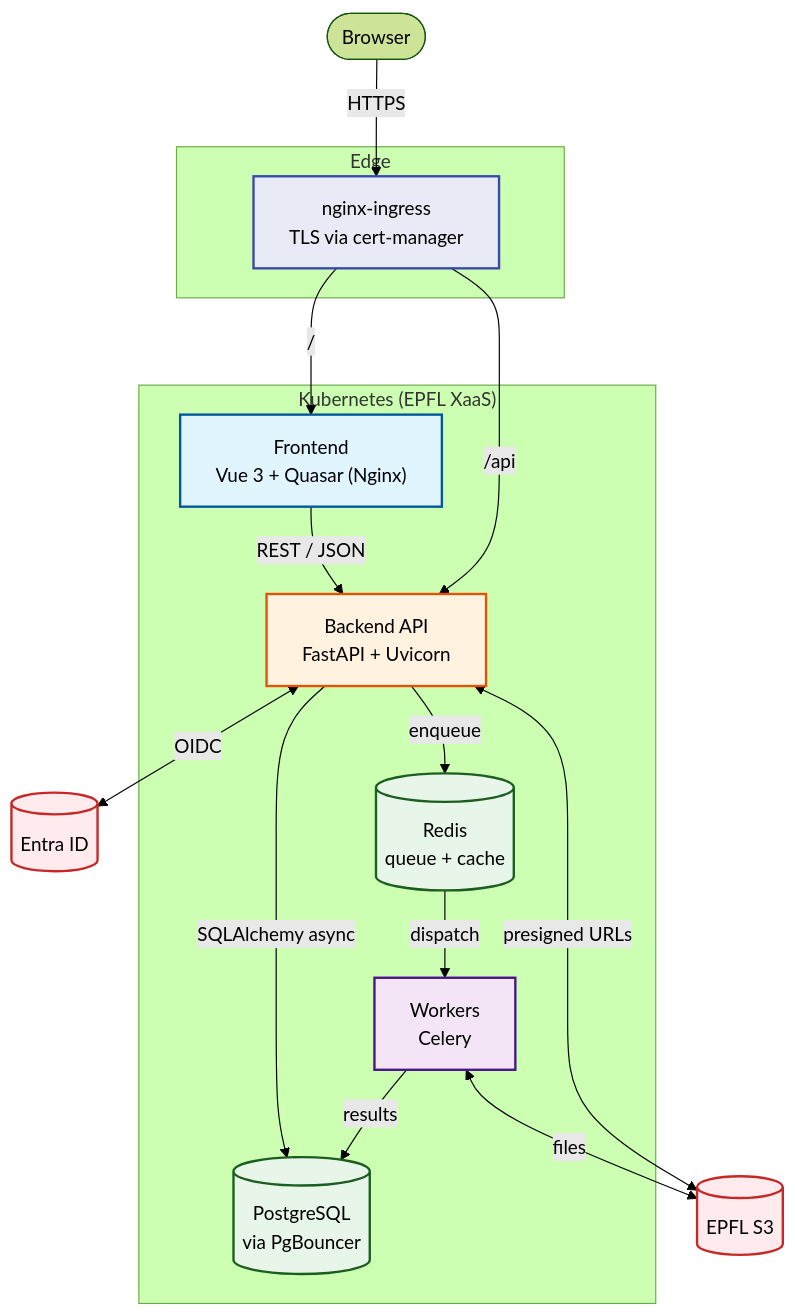
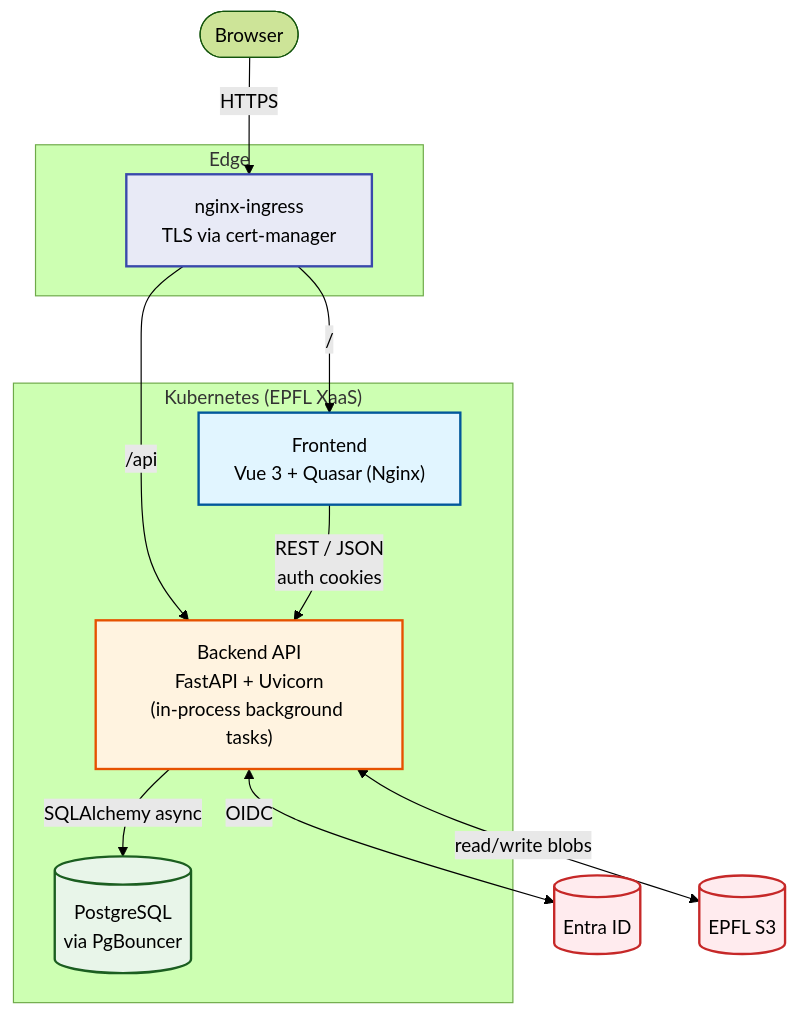
One commit to EPFL-ENAC/co2-calculator changed the second of 3 diagrams in docs/src/architecture/02-system-overview.md. Above: the diagram before and after it, drawn with Mermaid (forest theme). The commit also changed other lines of this file, not shown here.

First line of the commit message:
docs(#860): C1 address copilot review — drop fictional Celery/Redis/email/JWT/presigned-URL claims

````diff
--- a/docs/src/architecture/02-system-overview.md
+++ b/docs/src/architecture/02-system-overview.md
@@ -58,45 +56,37 @@
 ```mermaid
 flowchart TB
     Browser([Browser])
 
     subgraph Edge["Edge"]
         Ingress[nginx-ingress<br/>TLS via cert-manager]
     end
 
     subgraph K8s["Kubernetes (EPFL XaaS)"]
         FE["Frontend<br/>Vue 3 + Quasar (Nginx)"]
-        BE["Backend API<br/>FastAPI + Uvicorn"]
-        WK["Workers<br/>Celery"]
-        Redis[(Redis<br/>queue + cache)]
+        BE["Backend API<br/>FastAPI + Uvicorn<br/>(in-process background tasks)"]
         PG[(PostgreSQL<br/>via PgBouncer)]
     end
 
     Entra[(Entra ID)]
     S3[(EPFL S3)]
 
     Browser -->|HTTPS| Ingress
     Ingress -->|/| FE
     Ingress -->|/api| BE
-    FE -->|REST / JSON| BE
+    FE -->|REST / JSON<br/>auth cookies| BE
     BE <-->|OIDC| Entra
     BE -->|SQLAlchemy async| PG
-    BE -->|enqueue| Redis
-    BE <-->|presigned URLs| S3
-    Redis -->|dispatch| WK
-    WK -->|results| PG
-    WK <-->|files| S3
+    BE <-->|read/write blobs| S3
 
     classDef fe fill:#e1f5ff,stroke:#01579b,stroke-width:2px
     classDef be fill:#fff3e0,stroke:#e65100,stroke-width:2px
-    classDef wk fill:#f3e5f5,stroke:#4a148c,stroke-width:2px
     classDef data fill:#e8f5e9,stroke:#1b5e20,stroke-width:2px
     classDef ext fill:#ffebee,stroke:#c62828,stroke-width:2px
     classDef edge fill:#e8eaf6,stroke:#3949ab,stroke-width:2px
 
     class FE fe
     class BE be
-    class WK wk
-    class Redis,PG data
+    class PG data
     class Entra,S3 ext
     class Ingress edge
 ```
````
